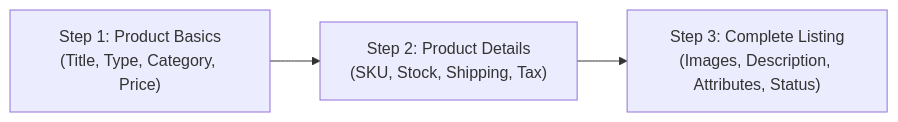
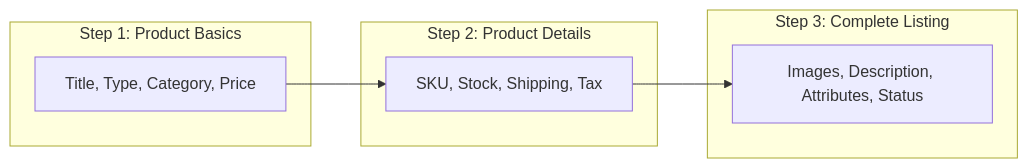
The diagram in woocommerce-marketplace/documentation/vendor-site-setting.md (webkul/wordpress-docs), drawn with Mermaid before and after one commit. The commit also changed other lines of this file and 353 other files, not shown here.

````diff
--- a/woocommerce-marketplace/documentation/vendor-site-setting.md
+++ b/woocommerce-marketplace/documentation/vendor-site-setting.md
@@ -75,5 +75,21 @@
 ```mermaid
 flowchart LR
-    Step1["Step 1: Product Basics\n(Title, Type, Category, Price)"] --> Step2["Step 2: Product Details\n(SKU, Stock, Shipping, Tax)"]
-    Step2 --> Step3["Step 3: Complete Listing\n(Images, Description, Attributes, Status)"]
+    subgraph StepOne ["Step 1: Product Basics"]
+        Step1["Title, Type, Category, Price"]
+    end
+
+    subgraph StepTwo ["Step 2: Product Details"]
+        Step2["SKU, Stock, Shipping, Tax"]
+    end
+
+    subgraph StepThree ["Step 3: Complete Listing"]
+        Step3["Images, Description, Attributes, Status"]
+    end
+
+    Step1 --> Step2
+    Step2 --> Step3
+
+    class Step1 entry;
+    class Step2 grid;
+    class Step3 dest;
 ```
````
